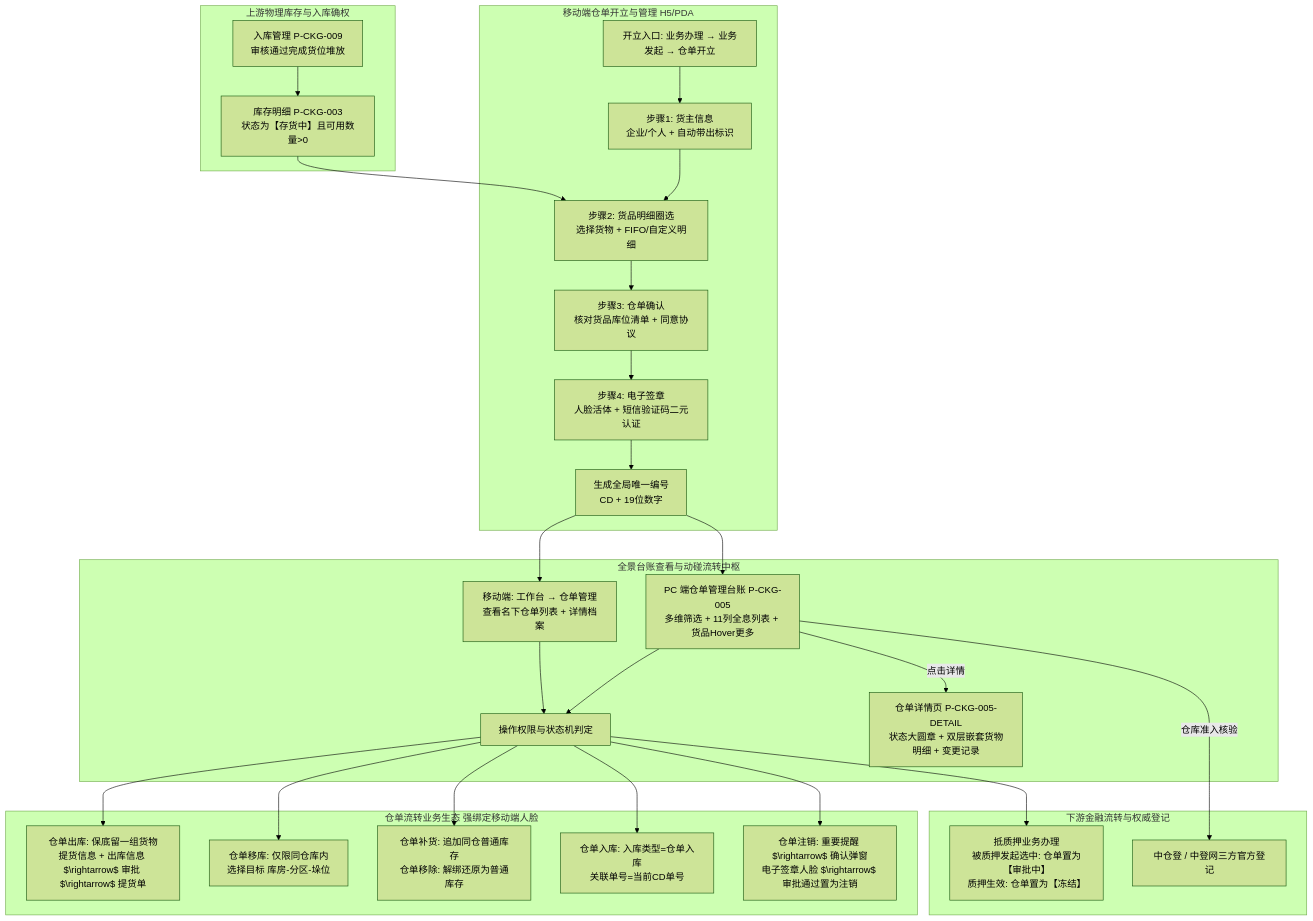
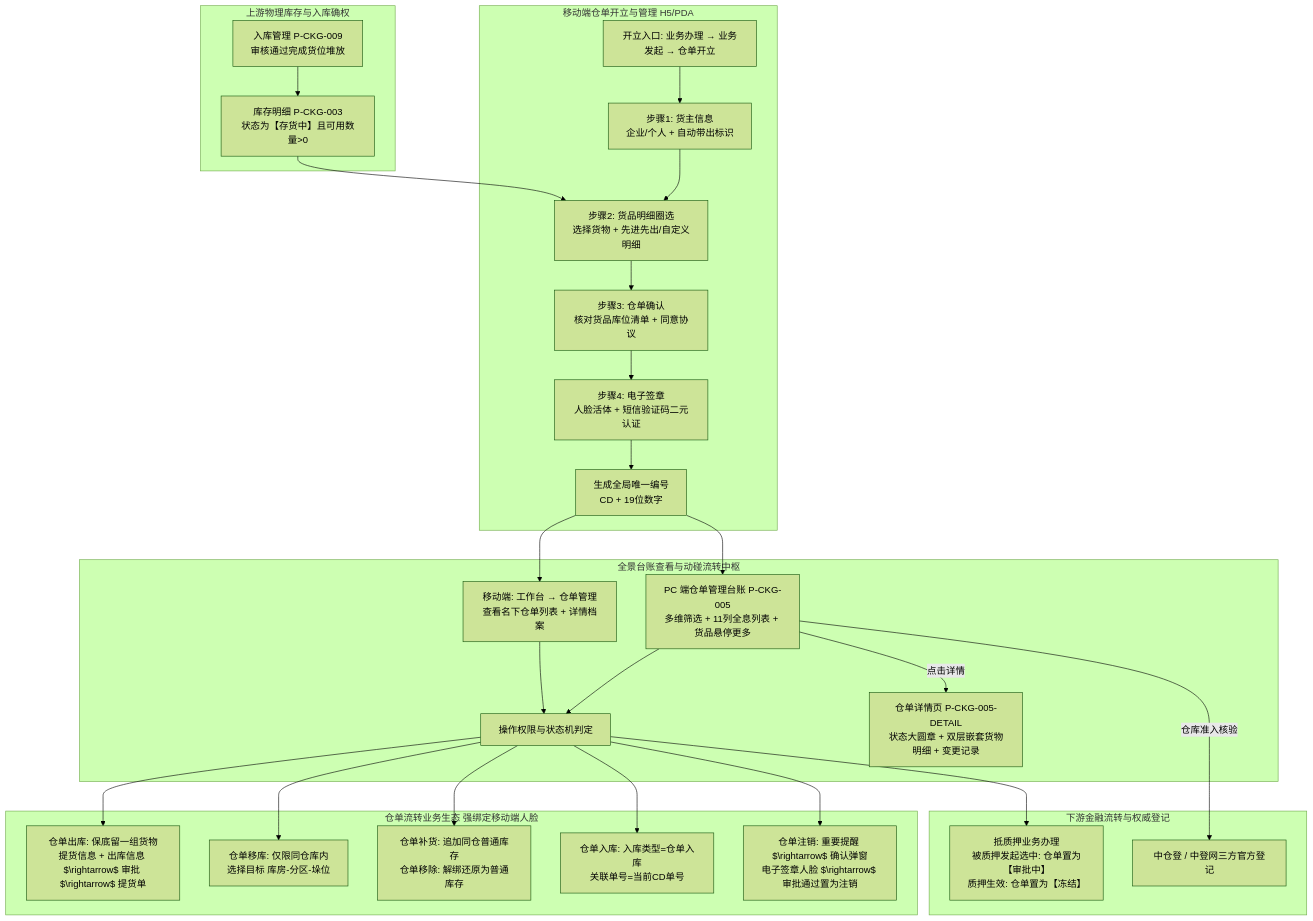
The diagram in 02-PRD文档/🌟🌟🌟-最新基准版/B端PC/02-仓储/05-仓单管理/仓单管理主PRD.md (RobertHuang999/SYZC), drawn with Mermaid (forest theme) before and after one commit. The commit also changed other lines of this file and 264 other files, not shown here.

````diff
--- a/02-PRD文档/🌟🌟🌟-最新基准版/B端PC/02-仓储/05-仓单管理/仓单管理主PRD.md
+++ b/02-PRD文档/🌟🌟🌟-最新基准版/B端PC/02-仓储/05-仓单管理/仓单管理主PRD.md
@@ -38,46 +38,46 @@
 ```mermaid
 flowchart TD
     subgraph S1[上游物理库存与入库确权]
         A1[入库管理 P-CKG-009<br/>审核通过完成货位堆放] --> A2[库存明细 P-CKG-003<br/>状态为【存货中】且可用数量>0]
     end
 
     subgraph S2[移动端仓单开立与管理 H5/PDA]
         B0[开立入口: 业务办理 → 业务发起 → 仓单开立] --> B1[步骤1: 货主信息<br/>企业/个人 + 自动带出标识]
-        B1 --> B2[步骤2: 货品明细圈选<br/>选择货物 + FIFO/自定义明细]
+        B1 --> B2[步骤2: 货品明细圈选<br/>选择货物 + 先进先出/自定义明细]
         B2 --> B3[步骤3: 仓单确认<br/>核对货品库位清单 + 同意协议]
         B3 --> B4[步骤4: 电子签章<br/>人脸活体 + 短信验证码二元认证]
         B4 --> B5[生成全局唯一编号<br/>CD + 19位数字]
     end
 
     subgraph S3[全景台账查看与动碰流转中枢]
-        C1[PC 端仓单管理台账 P-CKG-005<br/>多维筛选 + 11列全息列表 + 货品Hover更多]
+        C1[PC 端仓单管理台账 P-CKG-005<br/>多维筛选 + 11列全息列表 + 货品悬停更多]
         M1[移动端: 工作台 → 仓单管理<br/>查看名下仓单列表 + 详情档案]
         C2[操作权限与状态机判定]
         C3[仓单详情页 P-CKG-005-DETAIL<br/>状态大圆章 + 双层嵌套货物明细 + 变更记录]
         
         B5 --> C1 & M1
         C1 --> C2
         C1 -->|点击详情| C3
         M1 --> C2
     end
 
     subgraph S4[仓单流转业务生态 强绑定移动端人脸]
         D1[仓单出库: 保底留一组货物<br/>提货信息 + 出库信息 $\rightarrow$ 审批 $\rightarrow$ 提货单]
         D2[仓单移库: 仅限同仓库内<br/>选择目标 库房-分区-垛位]
         D3[仓单补货: 追加同仓普通库存<br/>仓单移除: 解绑还原为普通库存]
         D4[仓单入库: 入库类型=仓单入库<br/>关联单号=当前CD单号]
         D5[仓单注销: 重要提醒 $\rightarrow$ 确认弹窗<br/>电子签章人脸 $\rightarrow$ 审批通过置为注销]
         
         C2 --> D1 & D2 & D3 & D4 & D5
     end
 
     subgraph S5[下游金融流转与权威登记]
         E1[抵质押业务办理<br/>被质押发起选中: 仓单置为【审批中】<br/>质押生效: 仓单置为【冻结】]
         E2[中仓登 / 中登网三方官方登记]
         
         C2 --> E1
         C1 -->|仓库准入核验| E2
     end
 
     A2 --> B2
 ```
````
